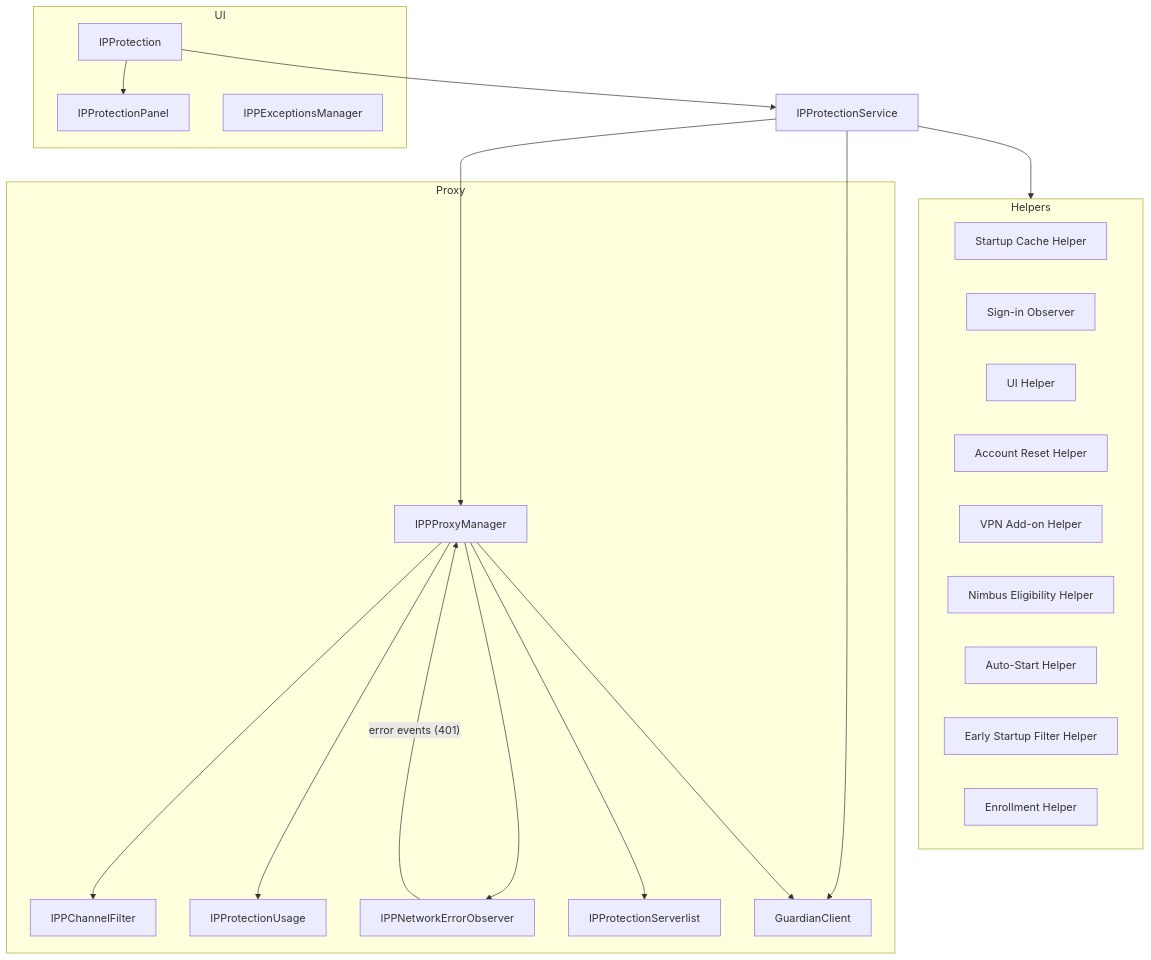
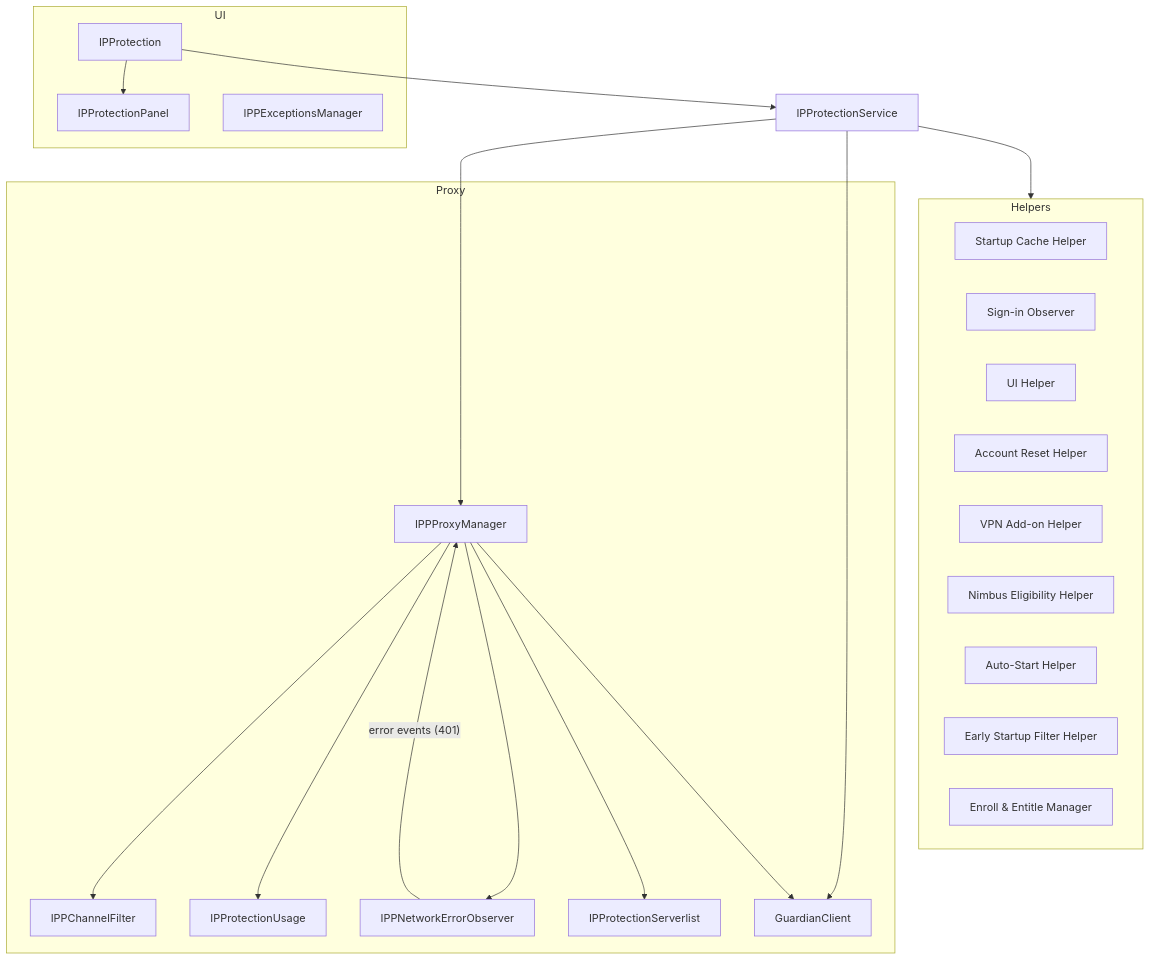
Before and after one commit to marco-c/gecko-dev-comments-removed: the diagram in browser/components/ipprotection/docs/Components.rst, drawn with Mermaid. The commit also changed other lines of this file and 15 other files, not shown here.

```diff
--- a/browser/components/ipprotection/docs/Components.rst
+++ b/browser/components/ipprotection/docs/Components.rst
@@ -11,56 +11,56 @@
 .. mermaid::
    :align: center
    :caption: IP Protection architecture
 
    flowchart TD
 
      IPProtectionService
 
      Helpers["IPProtectionHelpers"]
 
      %% UI
      subgraph UI
        IPProtection
        IPProtectionPanel
        IPPExceptionsManager
      end
 
      %% Helpers
      subgraph Helpers
        IPPStartupCache["Startup Cache Helper"]
        IPPSignInWatcher["Sign-in Observer"]
        UIHelper["UI Helper"]
        AccountResetHelper["Account Reset Helper"]
        VPNAddonHelper["VPN Add-on Helper"]
        IPPNimbusHelper["Nimbus Eligibility Helper"]
        IPPAutoStart["Auto-Start Helper"]
        IPPEarlyStartupFilter["Early Startup Filter Helper"]
-       IPPEnrollHelper["Enrollment Helper"]
+       IPPEnrollAndEntitleManager["Enroll & Entitle Manager"]
      end
 
      %% Proxy stack
      subgraph Proxy
        IPPProxyManager
        IPPChannelFilter
        IPProtectionUsage
        IPPNetworkErrorObserver
        IPProtectionServerlist
        GuardianClient
      end
 
      %% Service wiring
      IPProtectionService --> IPPProxyManager
      IPProtectionService --> GuardianClient
      IPProtectionService --> Helpers
 
      %% UI wiring
      IPProtection --> IPProtectionPanel
      IPProtection --> IPProtectionService
 
      %% Proxy wiring
      IPPProxyManager --> GuardianClient
      IPPProxyManager --> IPPChannelFilter
      IPPProxyManager --> IPProtectionUsage
      IPPProxyManager --> IPPNetworkErrorObserver
      IPPProxyManager --> IPProtectionServerlist
      IPPNetworkErrorObserver -- "error events (401)" --> IPPProxyManager
```
